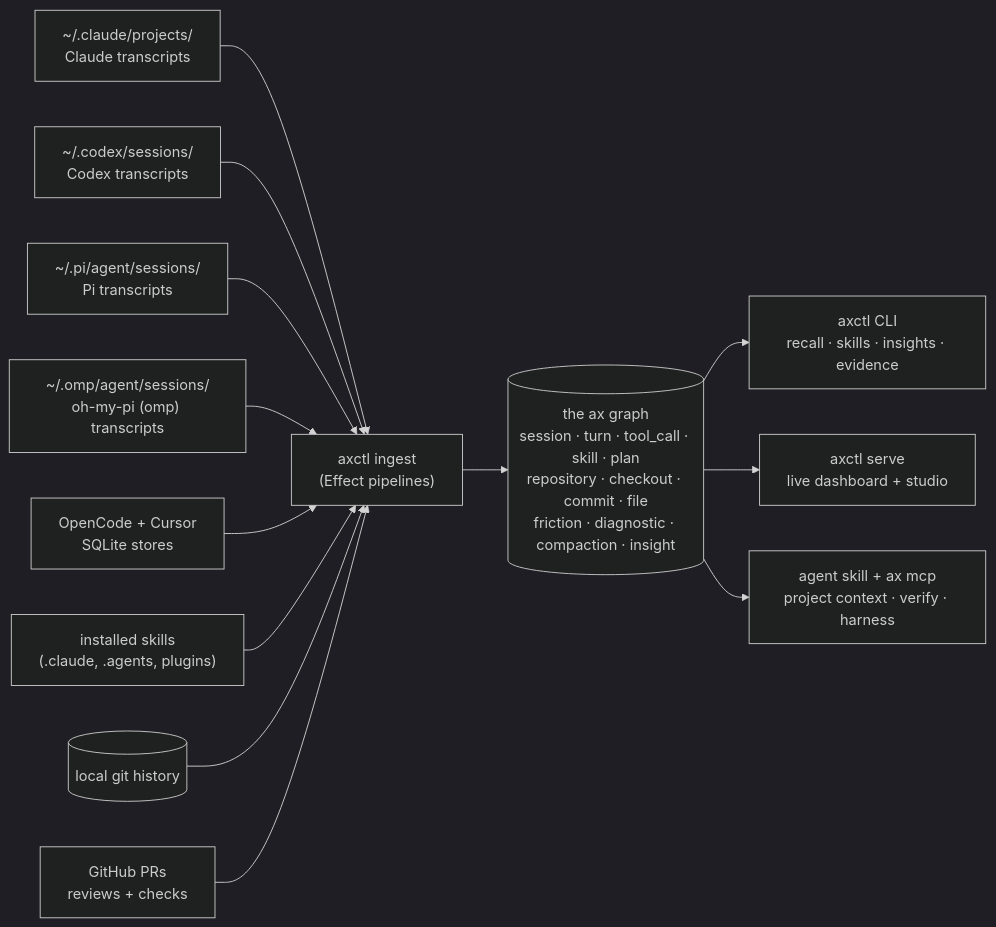
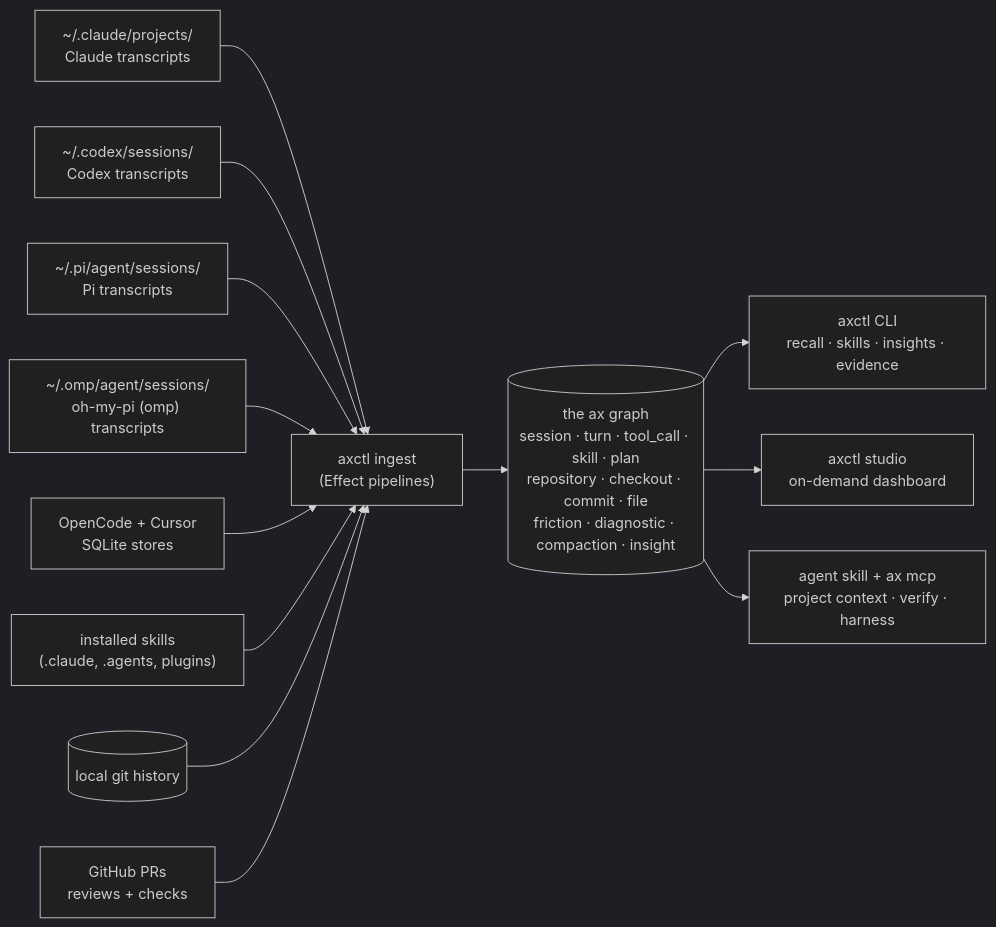
Before and after one commit to Necmttn/ax: the diagram in README.md, drawn with Mermaid (dark theme). The commit also changed other lines of this file and 203 other files, not shown here.

````diff
--- a/README.md
+++ b/README.md
@@ -115,27 +114,27 @@
 ```mermaid
 flowchart LR
   cc["~/.claude/projects/<br/>Claude transcripts"]
   cx["~/.codex/sessions/<br/>Codex transcripts"]
   pi["~/.pi/agent/sessions/<br/>Pi transcripts"]
   omp["~/.omp/agent/sessions/<br/>oh-my-pi (omp) transcripts"]
   oc["OpenCode + Cursor<br/>SQLite stores"]
   sk["installed skills<br/>(.claude, .agents, plugins)"]
   g[("local git history")]
   gh["GitHub PRs<br/>reviews + checks"]
 
   cc --> ingest
   cx --> ingest
   pi --> ingest
   omp --> ingest
   oc --> ingest
   sk --> ingest
   g  --> ingest
   gh --> ingest
 
   ingest["axctl ingest<br/>(Effect pipelines)"] --> db
   db[("the ax graph<br/>session · turn · tool_call · skill · plan<br/>repository · checkout · commit · file<br/>friction · diagnostic · compaction · insight")]
 
   db --> cli["axctl CLI<br/>recall · skills · insights · evidence"]
-  db --> dash["axctl serve<br/>live dashboard + studio"]
+  db --> dash["axctl studio<br/>on-demand dashboard"]
   db --> agent["agent skill + ax mcp<br/>project context · verify · harness"]
 ```
````
